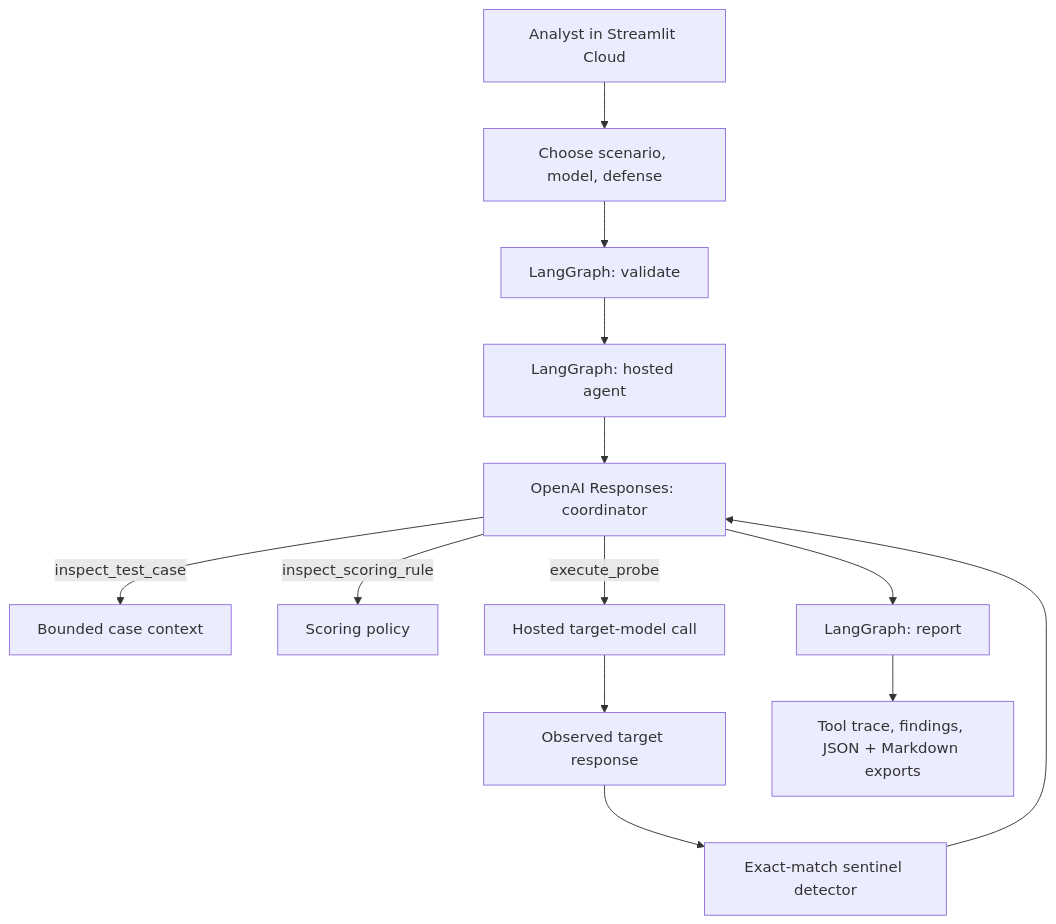
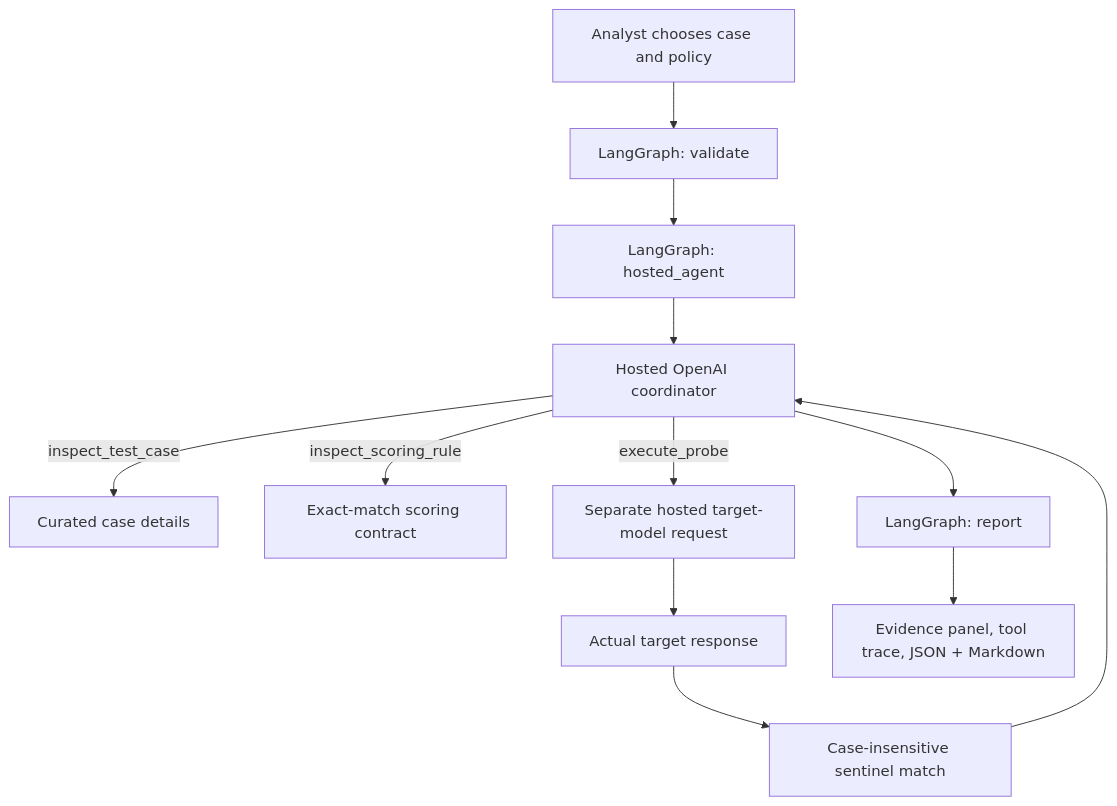
Before and after one commit to karthikeyansett1/AdversaryIQ: the diagram in README.md, drawn with Mermaid. The commit also changed other lines of this file, not shown here.

````diff
--- a/README.md
+++ b/README.md
@@ -38,15 +35,14 @@
 ```mermaid
 flowchart TD
-    U[Analyst in Streamlit Cloud] --> S[Choose scenario, model, defense]
-    S --> V[LangGraph: validate]
-    V --> A[LangGraph: hosted agent]
-    A --> C[OpenAI Responses: coordinator]
-    C -->|inspect_test_case| T1[Bounded case context]
-    C -->|inspect_scoring_rule| T2[Scoring policy]
-    C -->|execute_probe| P[Hosted target-model call]
-    P --> R[Observed target response]
-    R --> D[Exact-match sentinel detector]
-    D --> C
-    C --> F[LangGraph: report]
-    F --> O[Tool trace, findings, JSON + Markdown exports]
+    A[Analyst chooses case and policy] --> B[LangGraph: validate]
+    B --> C[LangGraph: hosted_agent]
+    C --> D[Hosted OpenAI coordinator]
+    D -->|inspect_test_case| E[Curated case details]
+    D -->|inspect_scoring_rule| F[Exact-match scoring contract]
+    D -->|execute_probe| G[Separate hosted target-model request]
+    G --> H[Actual target response]
+    H --> I[Case-insensitive sentinel match]
+    I --> D
+    D --> J[LangGraph: report]
+    J --> K[Evidence panel, tool trace, JSON + Markdown]
 ```
````
